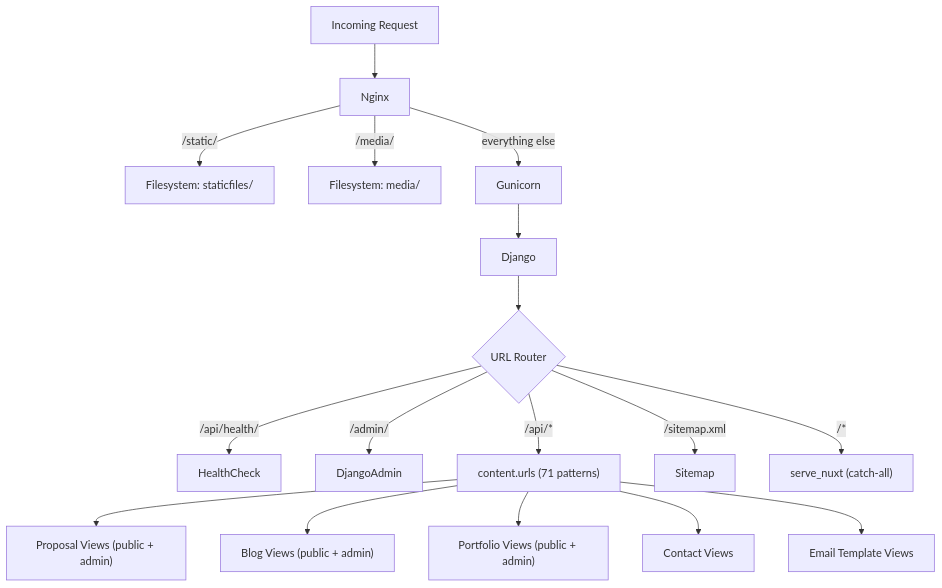
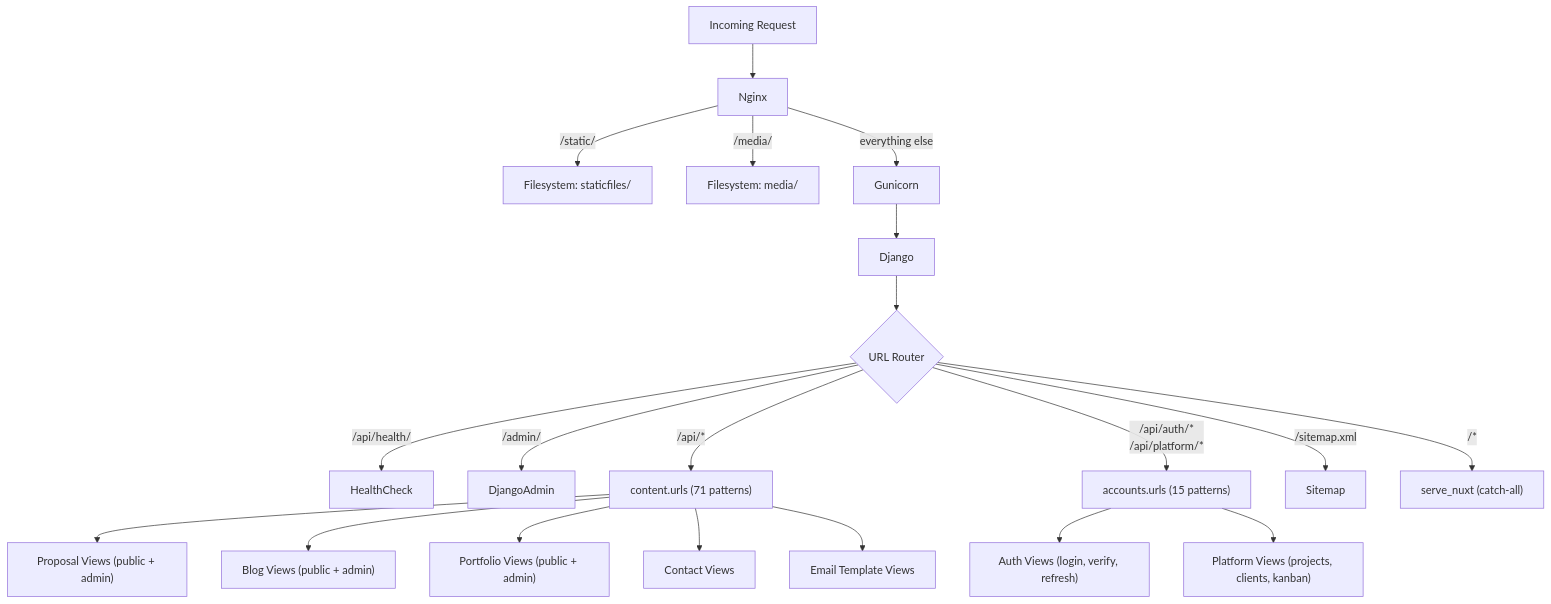
The third of 10 diagrams in docs/methodology/architecture.md (gustavop-dev/projectapp), drawn with Mermaid before and after one commit. The commit also changed other lines of this file and 60 other files, not shown here.

Commit message:
FEAT: Platform module implementation with comprehensive testing and methodology refresh

````diff
--- a/docs/methodology/architecture.md
+++ b/docs/methodology/architecture.md
@@ -82,24 +82,28 @@
 ```mermaid
 flowchart TD
     Request[Incoming Request] --> Nginx
 
     Nginx -->|/static/| FS1[Filesystem: staticfiles/]
     Nginx -->|/media/| FS2[Filesystem: media/]
     Nginx -->|everything else| Gunicorn
 
     Gunicorn --> Django
     Django --> URLRouter{URL Router}
 
     URLRouter -->|/api/health/| HealthCheck
     URLRouter -->|/admin/| DjangoAdmin
 
     URLRouter -->|/api/*| ContentURLs["content.urls (71 patterns)"]
+    URLRouter -->|/api/auth/*<br>/api/platform/*| AccountsURLs["accounts.urls (15 patterns)"]
     URLRouter -->|/sitemap.xml| Sitemap
     URLRouter -->|/*| ServeNuxt["serve_nuxt (catch-all)"]
+
+    AccountsURLs --> AuthViews["Auth Views (login, verify, refresh)"]
+    AccountsURLs --> PlatformViews["Platform Views (projects, clients, kanban)"]
 
     ContentURLs --> ProposalViews["Proposal Views (public + admin)"]
     ContentURLs --> BlogViews["Blog Views (public + admin)"]
     ContentURLs --> PortfolioViews["Portfolio Views (public + admin)"]
     ContentURLs --> ContactViews["Contact Views"]
     ContentURLs --> EmailTemplateViews["Email Template Views"]
 ```
````
